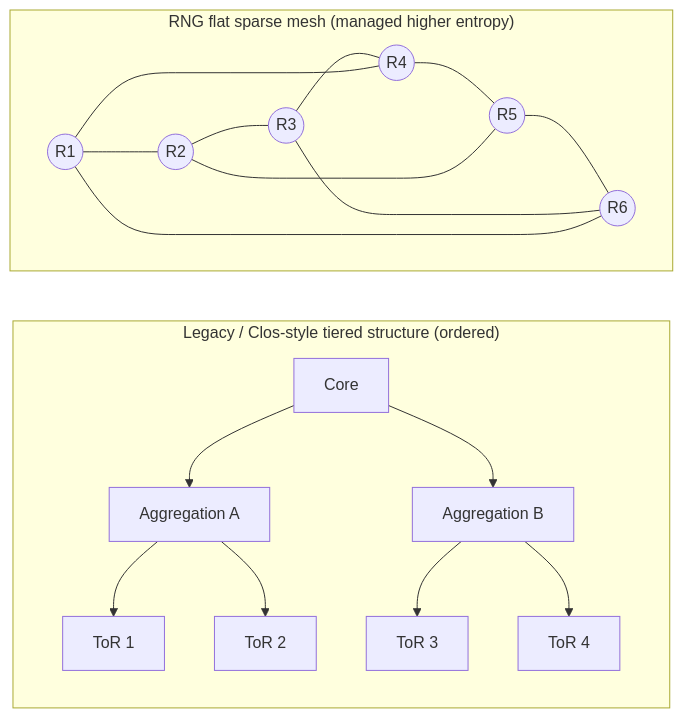
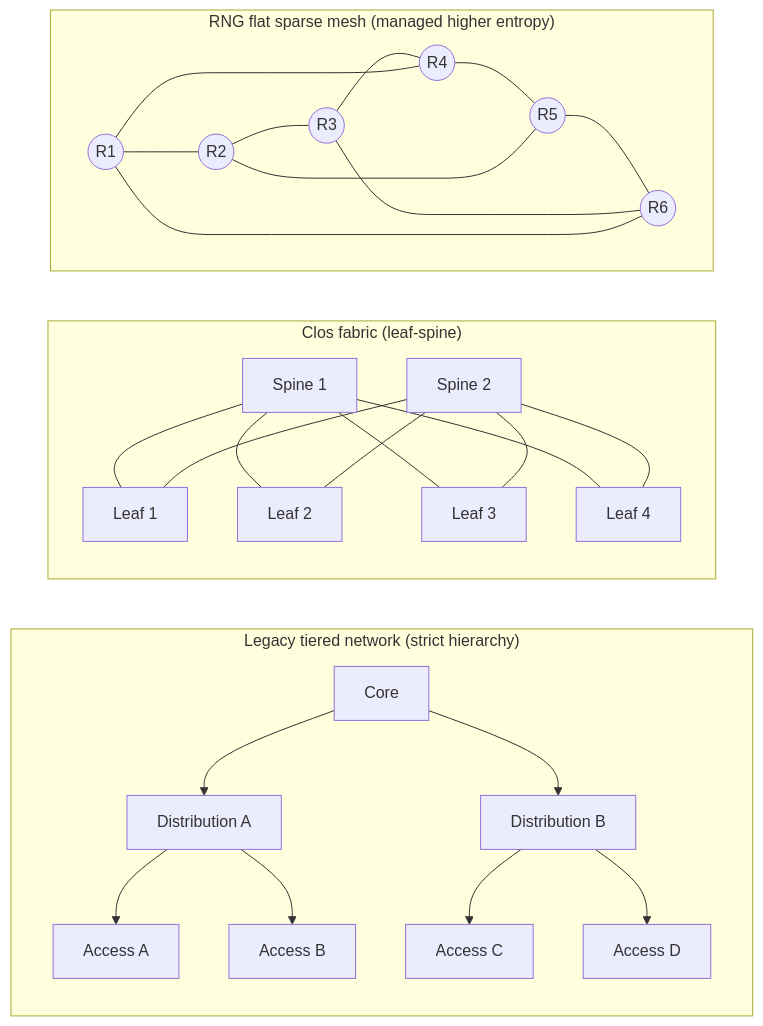
One commit to simonpainter/www.simonpainter.com changed the diagram in blog/aws-random-graph-fabrics.md. Above: the diagram before and after it, drawn with Mermaid.

Commit message:
Add separate Clos topology diagram

````diff
--- a/blog/aws-random-graph-fabrics.md
+++ b/blog/aws-random-graph-fabrics.md
@@ -66,32 +66,50 @@
 ```mermaid
 flowchart LR
-    subgraph T["Legacy / Clos-style tiered structure (ordered)"]
+    subgraph L["Legacy tiered network (strict hierarchy)"]
         direction TB
-        T1[Core]
-        T2a[Aggregation A]
-        T2b[Aggregation B]
-        T3a[ToR 1]
-        T3b[ToR 2]
-        T3c[ToR 3]
-        T3d[ToR 4]
-        T1 --> T2a
-        T1 --> T2b
-        T2a --> T3a
-        T2a --> T3b
-        T2b --> T3c
-        T2b --> T3d
+        L1[Core]
+        L2a[Distribution A]
+        L2b[Distribution B]
+        L3a[Access A]
+        L3b[Access B]
+        L3c[Access C]
+        L3d[Access D]
+        L1 --> L2a
+        L1 --> L2b
+        L2a --> L3a
+        L2a --> L3b
+        L2b --> L3c
+        L2b --> L3d
+    end
+
+    subgraph C["Clos fabric (leaf-spine)"]
+        direction TB
+        C1a[Spine 1]
+        C1b[Spine 2]
+        C2a[Leaf 1]
+        C2b[Leaf 2]
+        C2c[Leaf 3]
+        C2d[Leaf 4]
+        C1a --- C2a
+        C1a --- C2b
+        C1a --- C2c
+        C1a --- C2d
+        C1b --- C2a
+        C1b --- C2b
+        C1b --- C2c
+        C1b --- C2d
     end
 
     subgraph R["RNG flat sparse mesh (managed higher entropy)"]
         direction LR
         R1((R1)) --- R2((R2))
         R2 --- R3((R3))
         R3 --- R4((R4))
         R4 --- R5((R5))
         R5 --- R6((R6))
         R6 --- R1
         R1 --- R4
         R2 --- R5
         R3 --- R6
     end
 ```
````
